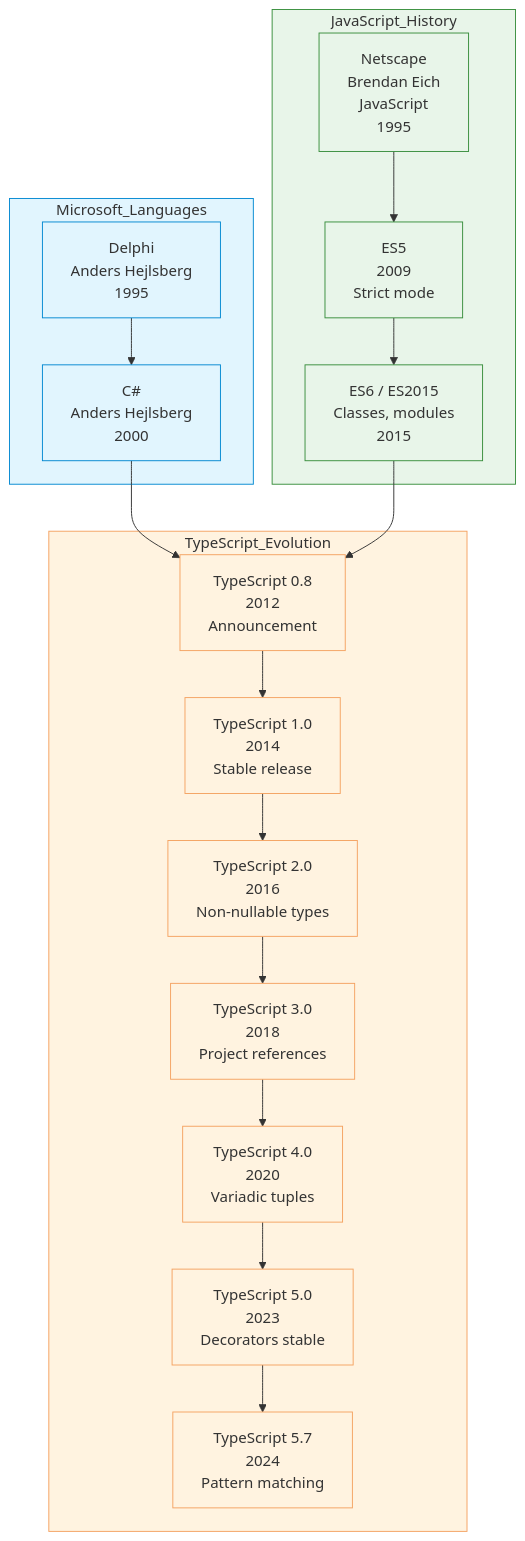
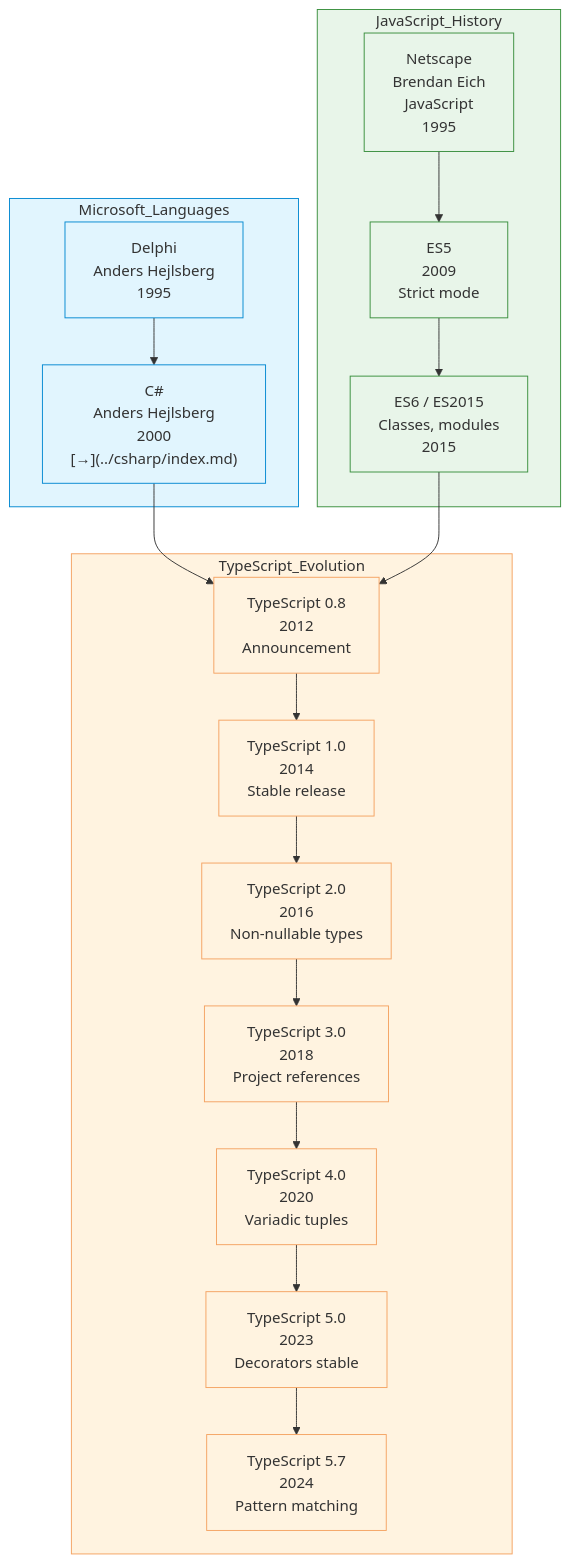
The diagram in docs/languages/typescript/index.md (akardapolov/software-atlas), drawn with Mermaid before and after one commit. The commit also changed 19 other files, not shown here.

````diff
--- a/docs/languages/typescript/index.md
+++ b/docs/languages/typescript/index.md
@@ -67,51 +67,51 @@
 ```mermaid
 flowchart TD
     subgraph JavaScript_History
         Netscape["Netscape<br/>Brendan Eich<br/>JavaScript<br/>1995"]
         ES5["ES5<br/>2009<br/>Strict mode"]
         ES6["ES6 / ES2015<br/>Classes, modules<br/>2015"]
     end
 
     subgraph Microsoft_Languages
         Delphi["Delphi<br/>Anders Hejlsberg<br/>1995"]
-        Csharp["C#<br/>Anders Hejlsberg<br/>2000"]
+        Csharp["C#<br/>Anders Hejlsberg<br/>2000<br/>[→](../csharp/index.md)"]
     end
 
     subgraph TypeScript_Evolution
         TS09["TypeScript 0.8<br/>2012<br/>Announcement"]
         TS10["TypeScript 1.0<br/>2014<br/>Stable release"]
         TS20["TypeScript 2.0<br/>2016<br/>Non-nullable types"]
         TS30["TypeScript 3.0<br/>2018<br/>Project references"]
         TS40["TypeScript 4.0<br/>2020<br/>Variadic tuples"]
         TS50["TypeScript 5.0<br/>2023<br/>Decorators stable"]
         TS57["TypeScript 5.7<br/>2024<br/>Pattern matching"]
     end
 
     Netscape --> ES5
     ES5 --> ES6
     Delphi --> Csharp
     Csharp --> TS09
     ES6 --> TS09
     TS09 --> TS10
     TS10 --> TS20
     TS20 --> TS30
     TS30 --> TS40
     TS40 --> TS50
     TS50 --> TS57
 
     style JavaScript_History fill:#e8f5e9,stroke:#388e3c
     style Microsoft_Languages fill:#e1f5fe,stroke:#0288d1
     style TypeScript_Evolution fill:#fff3e0,stroke:#f4a261
     style Netscape fill:#e8f5e9,stroke:#388e3c
     style ES5 fill:#e8f5e9,stroke:#388e3c
     style ES6 fill:#e8f5e9,stroke:#388e3c
     style Delphi fill:#e1f5fe,stroke:#0288d1
     style Csharp fill:#e1f5fe,stroke:#0288d1
     style TS09 fill:#fff3e0,stroke:#f4a261
     style TS10 fill:#fff3e0,stroke:#f4a261
     style TS20 fill:#fff3e0,stroke:#f4a261
     style TS30 fill:#fff3e0,stroke:#f4a261
     style TS40 fill:#fff3e0,stroke:#f4a261
     style TS50 fill:#fff3e0,stroke:#f4a261
     style TS57 fill:#fff3e0,stroke:#f4a261
 ```
````
